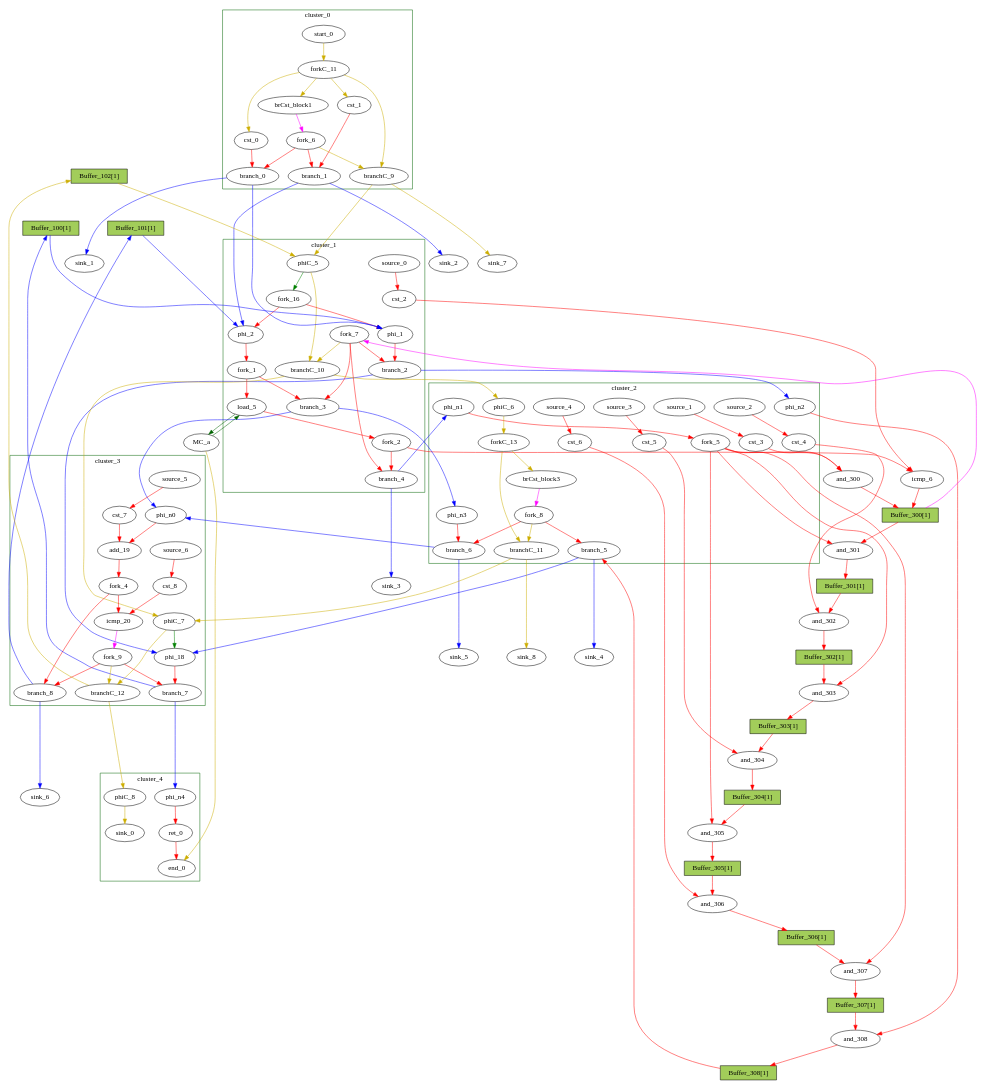
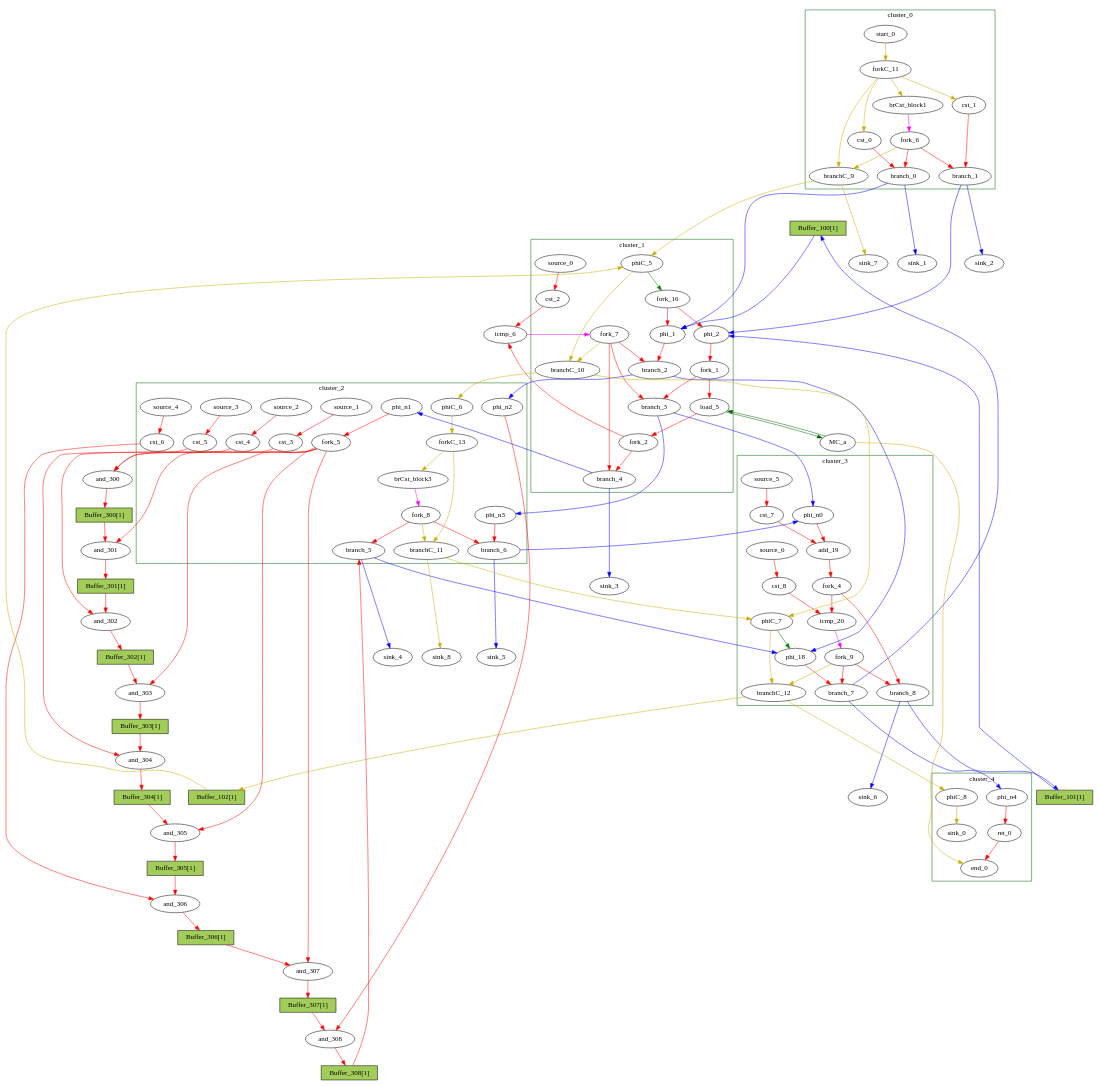
Before and after one commit to Nozidoali/MapBuf: the diagram in RegressionTest/Examples/gsum/reports/gsum_decoy.dot, drawn with Graphviz. The commit also changed 155 other files, not shown here.

```diff
--- a/RegressionTest/Examples/gsum/reports/gsum_decoy.dot
+++ b/RegressionTest/Examples/gsum/reports/gsum_decoy.dot
@@ -1,23 +1,5 @@
 Digraph G {
 	splines=spline;
-	subgraph cluster_cluster_1 {
-	color = "darkgreen";
-label = "cluster_1";
-		"phi_1" [type="Mux", in="in1?:1 in2:32 in3:32 ", out="out1:32", bbID=2, delay=1.397];
-		"phi_2" [type="Mux", in="in1?:1 in2:10 in3:10 ", out="out1:10", bbID=2, delay=1.397];
-		"load_5" [type="Operator", in="in1:32 in2:10 ", out="out1:32 out2:10 ", bbID=2, II=1, delay=1.412, latency=2, op="mc_load_op", portId=0];
-		"cst_2" [type="Constant", in="in1:32", out="out1:32", bbID=2, value="0x00000000"];
-		"fork_1" [type="Fork", in="in1:10", out="out1:10 out2:10 ", bbID=2];
-		"fork_2" [type="Fork", in="in1:32", out="out1:32 out2:32 ", bbID=2];
-		"branch_2" [type="Branch", in="in1:32 in2?:1", out="out1+:32 out2-:32", bbID=2];
-		"branch_3" [type="Branch", in="in1:10 in2?:1", out="out1+:10 out2-:10", bbID=2];
-		"branch_4" [type="Branch", in="in1:32 in2?:1", out="out1+:32 out2-:32", bbID=2];
-		"fork_7" [type="Fork", in="in1:1", out="out1:1 out2:1 out3:1 out4:1 ", bbID=2];
-		"phiC_5" [type="CntrlMerge", in="in1:0 in2:0 ", out="out1:0 out2?:1", bbID=2, delay=0.0];
-		"branchC_10" [type="Branch", in="in1:0 in2?:1", out="out1+:0 out2-:0", bbID=2];
-		"source_0" [type="Source", out="out1:32", bbID=2];
-		"fork_16" [type="Fork", in="in1:1", out="out1:1 out2:1 ", bbID=2];
-	}
 	subgraph cluster_cluster_0 {
 	color = "darkgreen";
 label = "cluster_0";
@@ -30,6 +12,24 @@
 		"start_0" [type="Entry", in="in1:0", out="out1:0", bbID=1, control="true"];
 		"forkC_11" [type="Fork", in="in1:0", out="out1:0 out2:0 out3:0 out4:0 ", bbID=1];
 		"branchC_9" [type="Branch", in="in1:0 in2?:1", out="out1+:0 out2-:0", bbID=1];
+	}
+	subgraph cluster_cluster_3 {
+	color = "darkgreen";
+label = "cluster_3";
+		"phi_18" [type="Mux", in="in1?:1 in2:32 in3:32 ", out="out1:32", bbID=4, delay=1.397];
+		"cst_7" [type="Constant", in="in1:1", out="out1:1", bbID=4, value="0x00000001"];
+		"add_19" [type="Operator", in="in1:10 in2:10 ", out="out1:10 ", bbID=4, II=1, delay=2.287, latency=0, op="add_op"];
+		"cst_8" [type="Constant", in="in1:10", out="out1:10", bbID=4, value="0x000003E8"];
+		"icmp_20" [type="Operator", in="in1:10 in2:10 ", out="out1:1 ", bbID=4, II=1, delay=1.907, latency=0, op="icmp_ult_op"];
+		"phi_n0" [type="Merge", in="in1:10 in2:10 ", out="out1:10", bbID=4, delay=1.397];
+		"fork_4" [type="Fork", in="in1:10", out="out1:10 out2:10 ", bbID=4];
+		"branch_7" [type="Branch", in="in1:32 in2?:1", out="out1+:32 out2-:32", bbID=4];
+		"branch_8" [type="Branch", in="in1:10 in2?:1", out="out1+:10 out2-:10", bbID=4];
+		"fork_9" [type="Fork", in="in1:1", out="out1:1 out2:1 out3:1 ", bbID=4];
+		"phiC_7" [type="CntrlMerge", in="in1:0 in2:0 ", out="out1:0 out2?:1", bbID=4, delay=0.0];
+		"branchC_12" [type="Branch", in="in1:0 in2?:1", out="out1+:0 out2-:0", bbID=4];
+		"source_5" [type="Source", out="out1:1", bbID=4];
+		"source_6" [type="Source", out="out1:10", bbID=4];
 	}
 	subgraph cluster_cluster_2 {
 	color = "darkgreen";
@@ -54,23 +54,23 @@
 		"source_3" [type="Source", out="out1:32", bbID=3];
 		"source_4" [type="Source", out="out1:32", bbID=3];
 	}
-	subgraph cluster_cluster_3 {
+	subgraph cluster_cluster_1 {
 	color = "darkgreen";
-label = "cluster_3";
-		"phi_18" [type="Mux", in="in1?:1 in2:32 in3:32 ", out="out1:32", bbID=4, delay=1.397];
-		"cst_7" [type="Constant", in="in1:1", out="out1:1", bbID=4, value="0x00000001"];
-		"add_19" [type="Operator", in="in1:10 in2:10 ", out="out1:10 ", bbID=4, II=1, delay=2.287, latency=0, op="add_op"];
-		"cst_8" [type="Constant", in="in1:10", out="out1:10", bbID=4, value="0x000003E8"];
-		"icmp_20" [type="Operator", in="in1:10 in2:10 ", out="out1:1 ", bbID=4, II=1, delay=1.907, latency=0, op="icmp_ult_op"];
-		"phi_n0" [type="Merge", in="in1:10 in2:10 ", out="out1:10", bbID=4, delay=1.397];
-		"fork_4" [type="Fork", in="in1:10", out="out1:10 out2:10 ", bbID=4];
-		"branch_7" [type="Branch", in="in1:32 in2?:1", out="out1+:32 out2-:32", bbID=4];
-		"branch_8" [type="Branch", in="in1:10 in2?:1", out="out1+:10 out2-:10", bbID=4];
-		"fork_9" [type="Fork", in="in1:1", out="out1:1 out2:1 out3:1 ", bbID=4];
-		"phiC_7" [type="CntrlMerge", in="in1:0 in2:0 ", out="out1:0 out2?:1", bbID=4, delay=0.0];
-		"branchC_12" [type="Branch", in="in1:0 in2?:1", out="out1+:0 out2-:0", bbID=4];
-		"source_5" [type="Source", out="out1:1", bbID=4];
-		"source_6" [type="Source", out="out1:10", bbID=4];
+label = "cluster_1";
+		"phi_1" [type="Mux", in="in1?:1 in2:32 in3:32 ", out="out1:32", bbID=2, delay=1.397];
+		"phi_2" [type="Mux", in="in1?:1 in2:10 in3:10 ", out="out1:10", bbID=2, delay=1.397];
+		"load_5" [type="Operator", in="in1:32 in2:10 ", out="out1:32 out2:10 ", bbID=2, II=1, delay=1.412, latency=2, op="mc_load_op", portId=0];
+		"cst_2" [type="Constant", in="in1:32", out="out1:32", bbID=2, value="0x00000000"];
+		"fork_1" [type="Fork", in="in1:10", out="out1:10 out2:10 ", bbID=2];
+		"fork_2" [type="Fork", in="in1:32", out="out1:32 out2:32 ", bbID=2];
+		"branch_2" [type="Branch", in="in1:32 in2?:1", out="out1+:32 out2-:32", bbID=2];
+		"branch_3" [type="Branch", in="in1:10 in2?:1", out="out1+:10 out2-:10", bbID=2];
+		"branch_4" [type="Branch", in="in1:32 in2?:1", out="out1+:32 out2-:32", bbID=2];
+		"fork_7" [type="Fork", in="in1:1", out="out1:1 out2:1 out3:1 out4:1 ", bbID=2];
+		"phiC_5" [type="CntrlMerge", in="in1:0 in2:0 ", out="out1:0 out2?:1", bbID=2, delay=0.0];
+		"branchC_10" [type="Branch", in="in1:0 in2?:1", out="out1+:0 out2-:0", bbID=2];
+		"source_0" [type="Source", out="out1:32", bbID=2];
+		"fork_16" [type="Fork", in="in1:1", out="out1:1 out2:1 ", bbID=2];
 	}
 	subgraph cluster_cluster_4 {
 	color = "darkgreen";
@@ -94,8 +94,8 @@
 		"Buffer_101" [type="Buffer", in="in1:32", out="out1:32", bbID=3, fillcolor="darkolivegreen3", height=0.4, label="Buffer_101[1]", shape="box", slots=1, style="filled", transparent="false"];
 		"Buffer_102" [type="Buffer", in="in1:32", out="out1:32", bbID=3, fillcolor="darkolivegreen3", height=0.4, label="Buffer_102[1]", shape="box", slots=1, style="filled", transparent="false"];
 		"icmp_6" [type="Operator", in="in1:32 in2:32 ", out="out1:1 ", bbID=2, II=1, delay=1.895, latency=2, op="icmp_ult_op"];
+		"and_300" [type="Operator", in="in1:32 in2:32 ", out="out1:32 ", bbID=3, II=1, delay=0.0, latency=10, op="and_op"];
 		"Buffer_300" [type="Buffer", in="in1:32", out="out1:32", bbID=3, fillcolor="darkolivegreen3", height=0.4, label="Buffer_300[1]", shape="box", slots=1, style="filled", transparent="false"];
-		"and_300" [type="Operator", in="in1:32 in2:32 ", out="out1:32 ", bbID=3, II=1, delay=0.0, latency=10, op="and_op"];
 		"and_301" [type="Operator", in="in1:32 in2:32 ", out="out1:32 ", bbID=3, II=1, delay=0.0, latency=6, op="and_op"];
 		"Buffer_301" [type="Buffer", in="in1:32", out="out1:32", bbID=3, fillcolor="darkolivegreen3", height=0.4, label="Buffer_301[1]", shape="box", slots=1, style="filled", transparent="false"];
 		"and_302" [type="Operator", in="in1:32 in2:32 ", out="out1:32 ", bbID=3, II=1, delay=0.0, latency=10, op="and_op"];
@@ -213,10 +213,9 @@
 		"Buffer_100" -> "phi_1" [color = "blue", from = "out1", to = "in3", minlen = 3];
 		"Buffer_101" -> "phi_2" [color = "blue", from = "out1", to = "in3", minlen = 3];
 		"Buffer_102" -> "phiC_5" [color = "gold3", from = "out1", to = "in2", minlen = 3];
-		"icmp_6" -> "Buffer_300" [color = "red", from = "out1", to = "in1"];
-		"Buffer_300" -> "fork_7" [color = "magenta", from = "out1", to = "in1"];
+		"icmp_6" -> "fork_7" [color = "magenta", from = "out1", to = "in1"];
+		"and_300" -> "Buffer_300" [color = "red", from = "out1", to = "in1"];
 		"Buffer_300" -> "and_301" [color = "red", from = "out1", to = "in1"];
-		"and_300" -> "Buffer_300" [color = "red", from = "out1", to = "in1"];
 		"and_301" -> "Buffer_301" [color = "red", from = "out1", to = "in1"];
 		"Buffer_301" -> "and_302" [color = "red", from = "out1", to = "in1"];
 		"and_302" -> "Buffer_302" [color = "red", from = "out1", to = "in1"];
```
